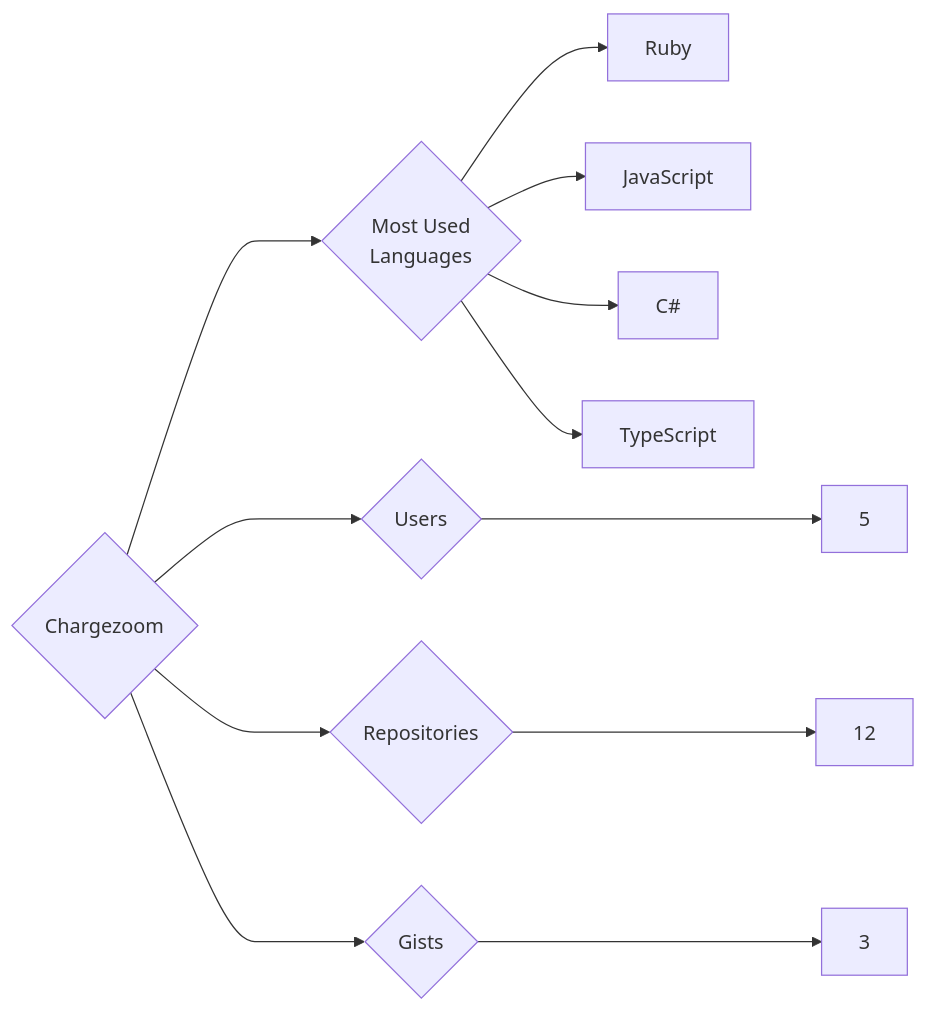
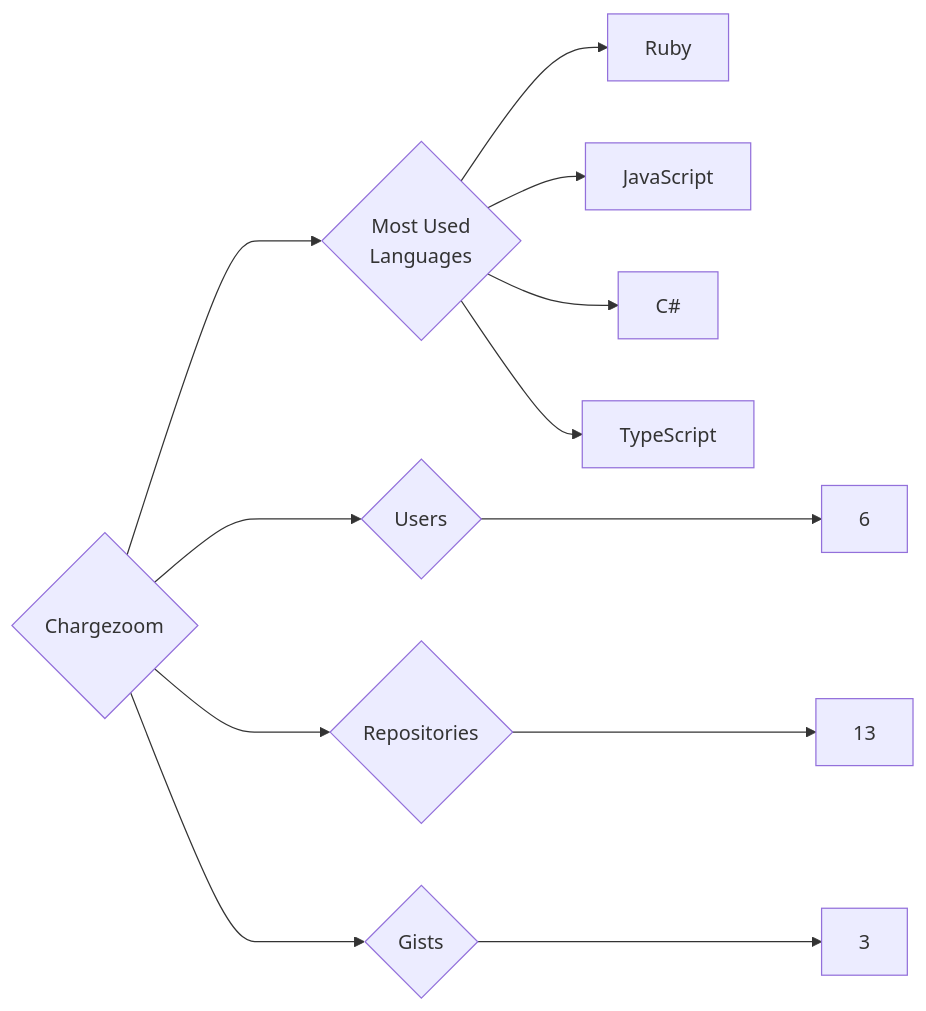
The diagram in targets/Chargezoom/README.md (trickest/insiders), drawn with Mermaid before and after one commit. The commit also changed 776 other files, not shown here.

````diff
--- a/targets/Chargezoom/README.md
+++ b/targets/Chargezoom/README.md
@@ -3,12 +3,12 @@
 ```mermaid
 graph LR
 COMPANY_NAME{Chargezoom}
-COMPANY_NAME ---> U{Users} ---> UN[5]
-COMPANY_NAME ---> R{Repositories} ---> RN[12]
+COMPANY_NAME ---> U{Users} ---> UN[6]
+COMPANY_NAME ---> R{Repositories} ---> RN[13]
 COMPANY_NAME ---> G{Gists} ---> GN[3]
 COMPANY_NAME ---> ML{Most Used<br>Languages}
 ML --> Ruby[Ruby]
 ML --> JavaScript[JavaScript]
 ML --> C#[C#]
 ML --> TypeScript[TypeScript]
 ```
````
